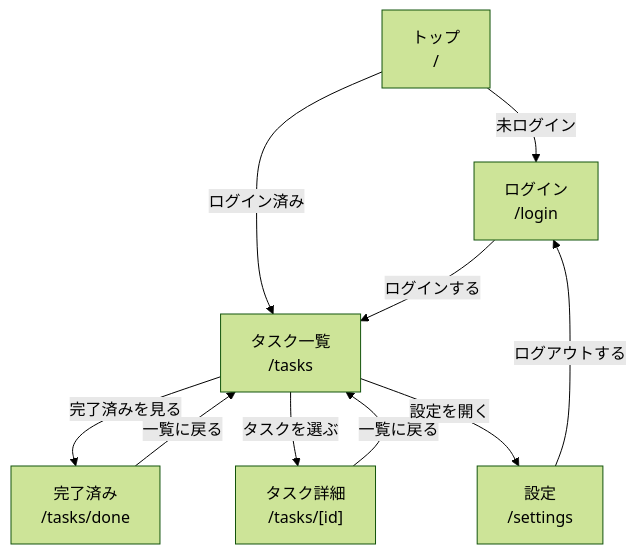
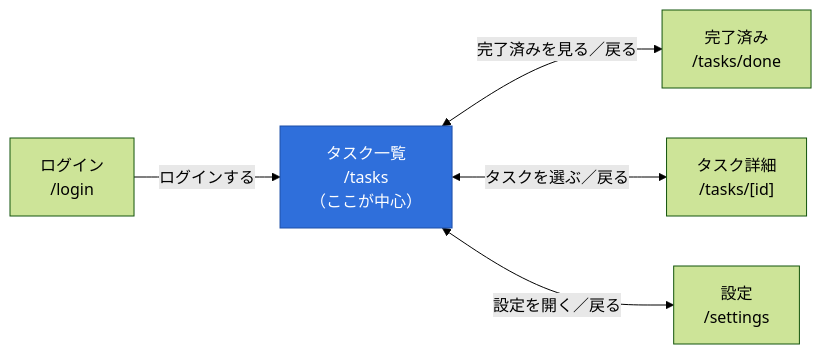
One commit to seiyus-dot/mirai-camp-work changed the first of 2 diagrams in .claude/skills/requirements-definition/examples/requirements.md. Above: the diagram before and after it, drawn with Mermaid (forest theme). The commit also changed other lines of this file and 2 other files, not shown here.

Commit message:
要件定義スキル：ページ構造の図を見やすく（左から右・往復は1本・トップとログアウトは文で説明・ツリー廃止）

````diff
--- a/.claude/skills/requirements-definition/examples/requirements.md
+++ b/.claude/skills/requirements-definition/examples/requirements.md
@@ -64,12 +55,9 @@
 ```mermaid
-flowchart TD
-    top["トップ<br>/"] -- "未ログイン" --> login["ログイン<br>/login"]
-    top -- "ログイン済み" --> tasks["タスク一覧<br>/tasks"]
-    login -- "ログインする" --> tasks
-    tasks -- "完了済みを見る" --> done["完了済み<br>/tasks/done"]
-    done -- "一覧に戻る" --> tasks
-    tasks -- "タスクを選ぶ" --> detail["タスク詳細<br>/tasks/[id]"]
-    detail -- "一覧に戻る" --> tasks
-    tasks -- "設定を開く" --> settings["設定<br>/settings"]
-    settings -- "ログアウトする" --> login
+flowchart LR
+    login["ログイン<br>/login"] -- "ログインする" --> tasks["タスク一覧<br>/tasks<br>（ここが中心）"]
+    tasks <-- "完了済みを見る／戻る" --> done["完了済み<br>/tasks/done"]
+    tasks <-- "タスクを選ぶ／戻る" --> detail["タスク詳細<br>/tasks/[id]"]
+    tasks <-- "設定を開く／戻る" --> settings["設定<br>/settings"]
+    classDef hub fill:#2f6fdb,color:#fff,stroke:#1d4fa8
+    class tasks hub
 ```
````
